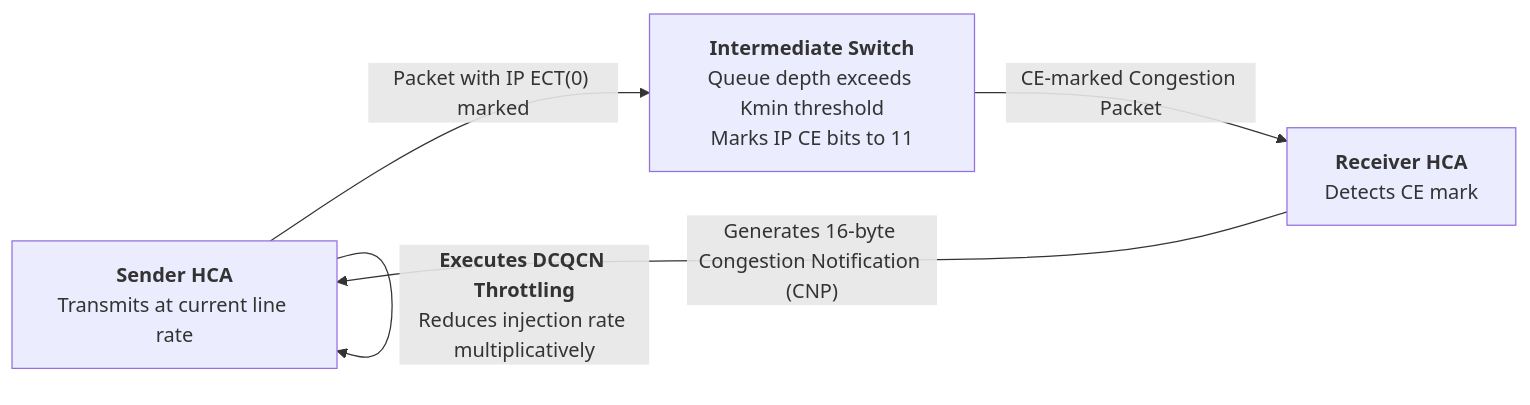
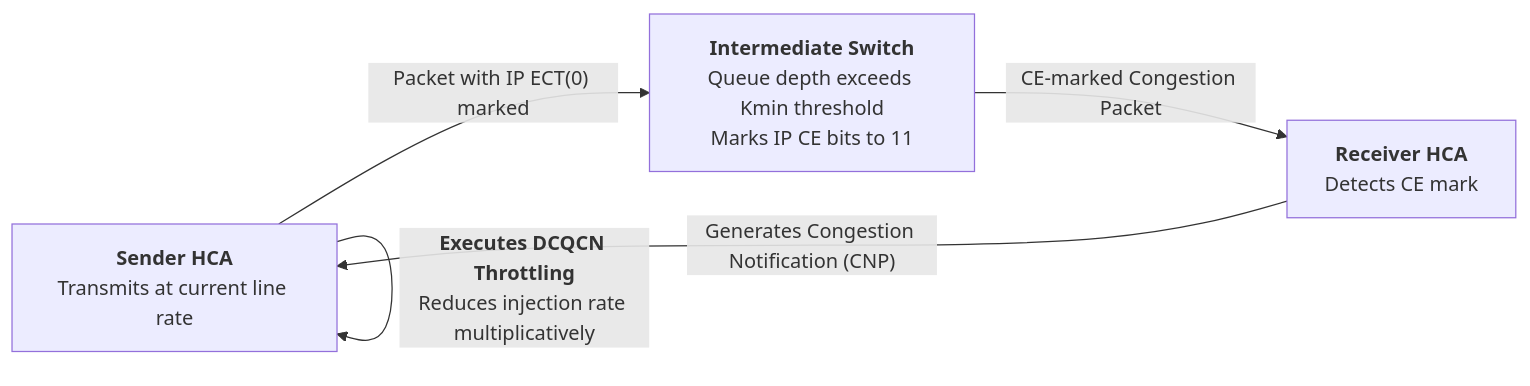
Before and after one commit to ifnodoraemon/ifnodoraemon.github.io: the fourth of 4 diagrams in content/en/articles/rdma-kernel-bypass-zero-copy-queue-pair-rocev2-lossless.en.md, drawn with Mermaid. The commit also changed other lines of this file and 86 other files, not shown here.

````diff
--- a/content/en/articles/rdma-kernel-bypass-zero-copy-queue-pair-rocev2-lossless.en.md
+++ b/content/en/articles/rdma-kernel-bypass-zero-copy-queue-pair-rocev2-lossless.en.md
@@ -187,7 +188,7 @@
 ```mermaid
 flowchart LR
     Sender["<b>Sender HCA</b><br/>Transmits at current line rate"] -->|"Packet with IP ECT(0) marked"| Switch["<b>Intermediate Switch</b><br/>Queue depth exceeds Kmin threshold<br/>Marks IP CE bits to 11"]
     Switch -->|"CE-marked Congestion Packet"| Receiver["<b>Receiver HCA</b><br/>Detects CE mark"]
-    Receiver -->|"Generates 16-byte Congestion Notification (CNP)"| Sender
+    Receiver -->|"Generates Congestion Notification (CNP)"| Sender
     Sender -->|"<b>Executes DCQCN Throttling</b><br/>Reduces injection rate multiplicatively"| Sender
 ```
````
